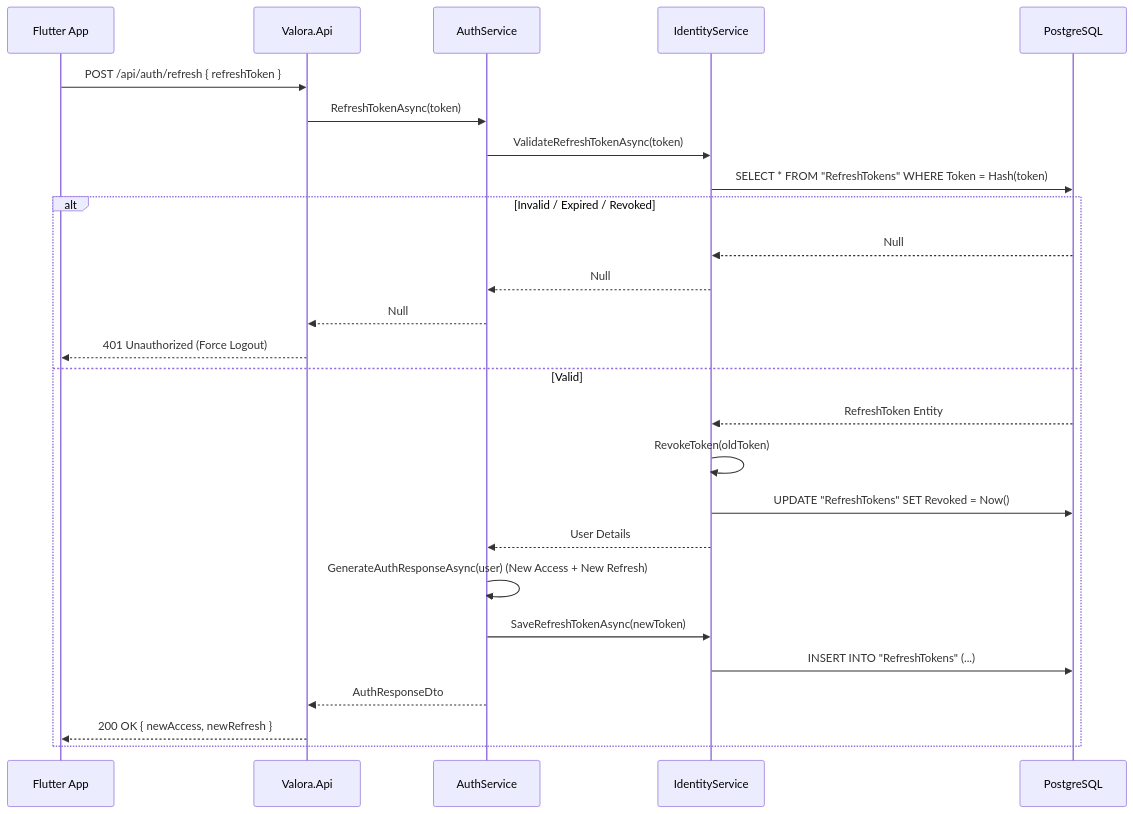
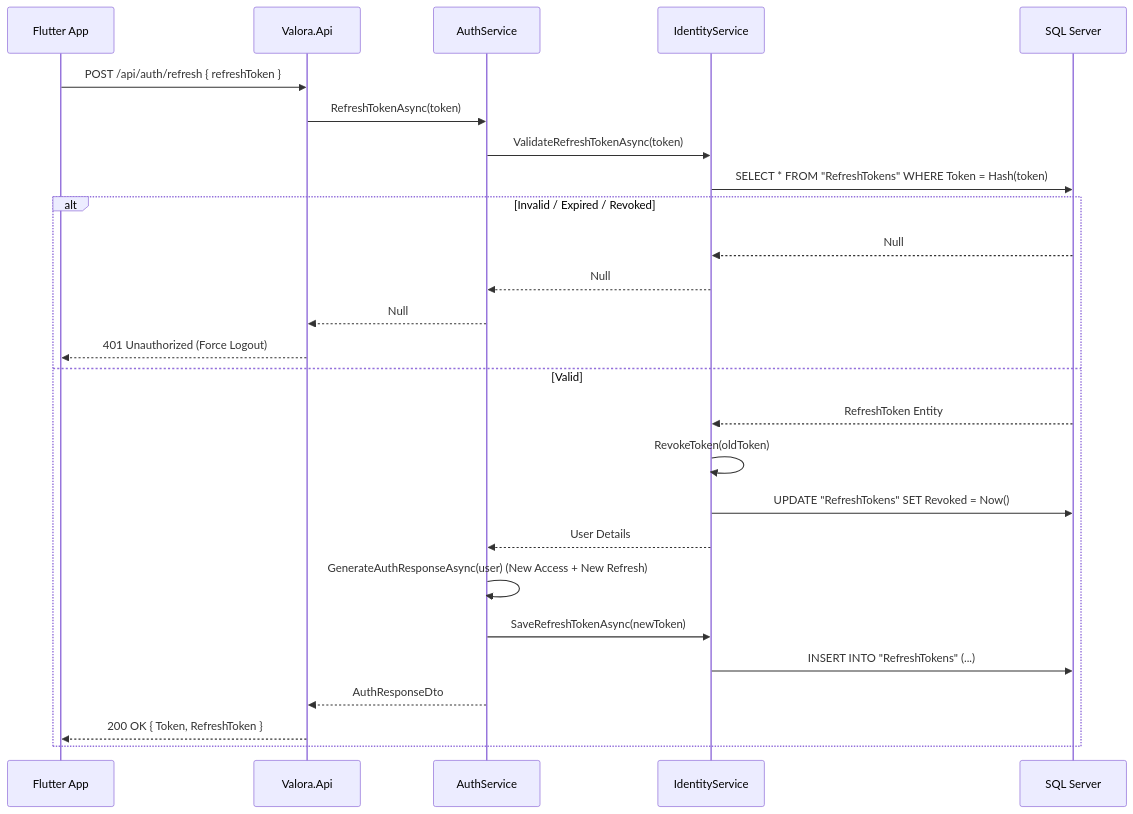
Before and after one commit to YKDBontekoe/valora: the second of 2 diagrams in docs/onboarding-auth-flow.md, drawn with Mermaid. The commit also changed other lines of this file, not shown here.

First line of the commit message:
Address PR feedback: Fix auth flow documentation

````diff
--- a/docs/onboarding-auth-flow.md
+++ b/docs/onboarding-auth-flow.md
@@ -78,34 +78,34 @@
 ```mermaid
 sequenceDiagram
     participant Client as Flutter App
     participant API as Valora.Api
     participant Service as AuthService
     participant Identity as IdentityService
-    participant DB as PostgreSQL
+    participant DB as SQL Server
 
     Client->>API: POST /api/auth/refresh { refreshToken }
     API->>Service: RefreshTokenAsync(token)
 
     Service->>Identity: ValidateRefreshTokenAsync(token)
     Identity->>DB: SELECT * FROM "RefreshTokens" WHERE Token = Hash(token)
 
     alt Invalid / Expired / Revoked
         DB-->>Identity: Null
         Identity-->>Service: Null
         Service-->>API: Null
         API-->>Client: 401 Unauthorized (Force Logout)
     else Valid
         DB-->>Identity: RefreshToken Entity
         Identity->>Identity: RevokeToken(oldToken)
         Identity->>DB: UPDATE "RefreshTokens" SET Revoked = Now()
 
         Identity-->>Service: User Details
         Service->>Service: GenerateAuthResponseAsync(user) (New Access + New Refresh)
 
         Service->>Identity: SaveRefreshTokenAsync(newToken)
         Identity->>DB: INSERT INTO "RefreshTokens" (...)
 
         Service-->>API: AuthResponseDto
-        API-->>Client: 200 OK { newAccess, newRefresh }
+        API-->>Client: 200 OK { Token, RefreshToken }
     end
 ```
````
